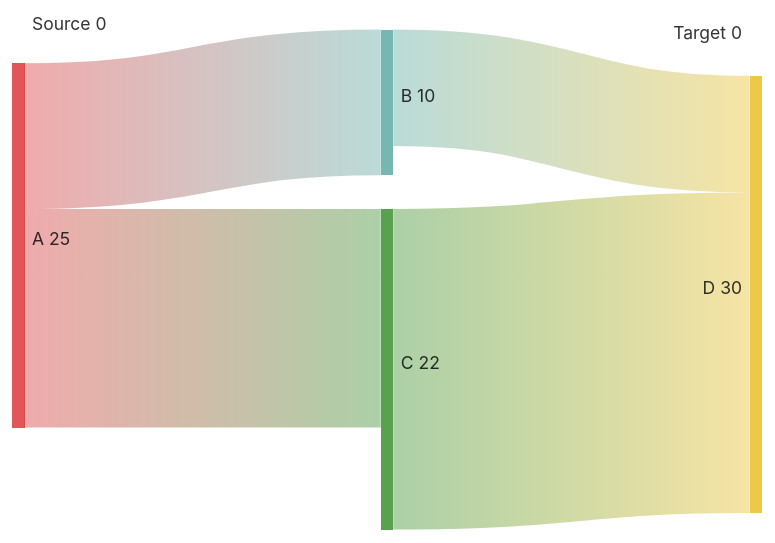
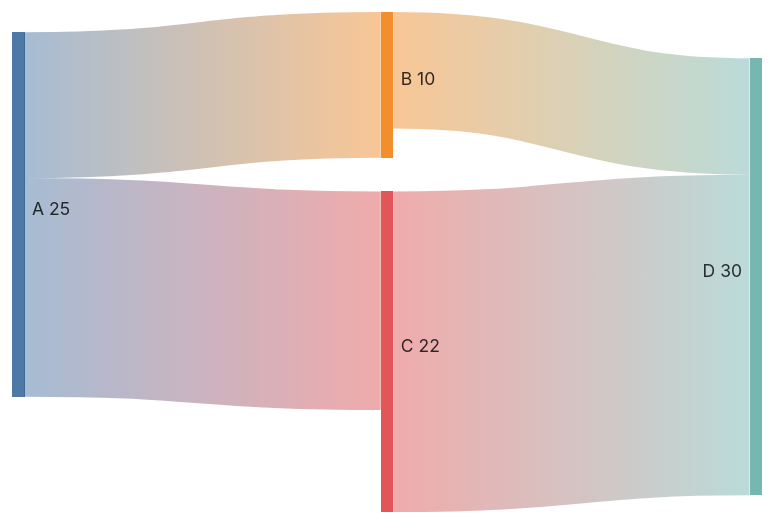
Before and after one commit to BitYoungjae/marketplace: the first of 19 diagrams in plugins/obsidian-blocks/skills/mermaid-diagramming/sankey.md, drawn with Mermaid. The commit also changed other lines of this file and 14 other files, not shown here.

First line of the commit message:
feat(obsidian-blocks): add Session 3 Mermaid diagrams

````diff
--- a/plugins/obsidian-blocks/skills/mermaid-diagramming/sankey.md
+++ b/plugins/obsidian-blocks/skills/mermaid-diagramming/sankey.md
@@ -19,9 +19,8 @@
 ```mermaid
-sankey
+sankey-beta
 
-Source,Target,Value
 A,B,10
 A,C,15
 B,D,8
 C,D,22
 ```
````
